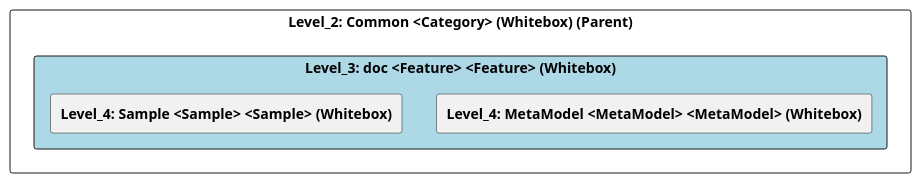
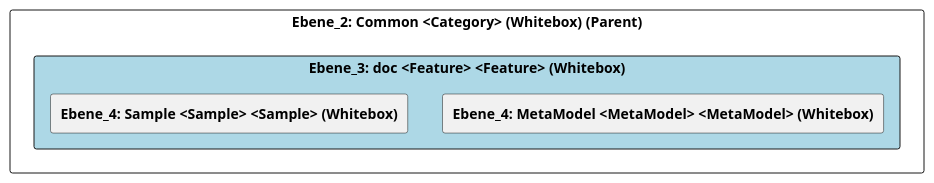
Before and after one commit to marcozwyssig/cleon: the diagram in doc/cleonproject_deliverables_architecture_model_architecture/adoc/de/05_bausteinsicht/cleon/common/doc/ebene_3_doc.adoc, drawn with PlantUML. The commit also changed other lines of this file and 258 other files, not shown here.

```diff
--- a/doc/cleonproject_deliverables_architecture_model_architecture/adoc/de/05_bausteinsicht/cleon/common/doc/ebene_3_doc.adoc
+++ b/doc/cleonproject_deliverables_architecture_model_architecture/adoc/de/05_bausteinsicht/cleon/common/doc/ebene_3_doc.adoc
@@ -24,25 +24,25 @@
-[plantuml, Level_3: doc <Feature> <Feature> (Whitebox)BlockOverview, format="svg"]
+[plantuml, Ebene_3: doc <Feature> <Feature> (Whitebox)BlockOverview, format="svg"]
 ----
-@startuml Level_3: doc <Feature> <Feature> (Whitebox)BuildingBlockOverview
+@startuml Ebene_3: doc <Feature> <Feature> (Whitebox)BuildingBlockOverview
 
 skinparam ranksep 10
 skinparam componentStyle rectangle
 skinparam shadowing false
 skinparam arrowColor lightblue
 skinparam arrowThickness 1.2
 skinparam rectangle {
   BackgroundColor White
   BorderColor #333
   RoundCorner 10
 }
 top to bottom direction
 
-component "Level_2: Common <Category> (Whitebox) (Parent)" {
-    component "Level_3: doc <Feature> <Feature> (Whitebox)" #lightblue {
-        [**Level_4: MetaModel <MetaModel> <MetaModel> (Whitebox)**] as 4A570570_D579_11EE_903E_9F564E4DE07E
-        [**Level_4: Sample <Sample> <Sample> (Whitebox)**] as 4A56DE4D_D579_11EE_903E_9F564E4DE07E
+component "Ebene_2: Common <Category> (Whitebox) (Parent)" {
+    component "Ebene_3: doc <Feature> <Feature> (Whitebox)" #lightblue {
+        [**Ebene_4: MetaModel <MetaModel> <MetaModel> (Whitebox)**] as 4A570570_D579_11EE_903E_9F564E4DE07E
+        [**Ebene_4: Sample <Sample> <Sample> (Whitebox)**] as 4A56DE4D_D579_11EE_903E_9F564E4DE07E
     }
 }
 
 @enduml
 ----
```
